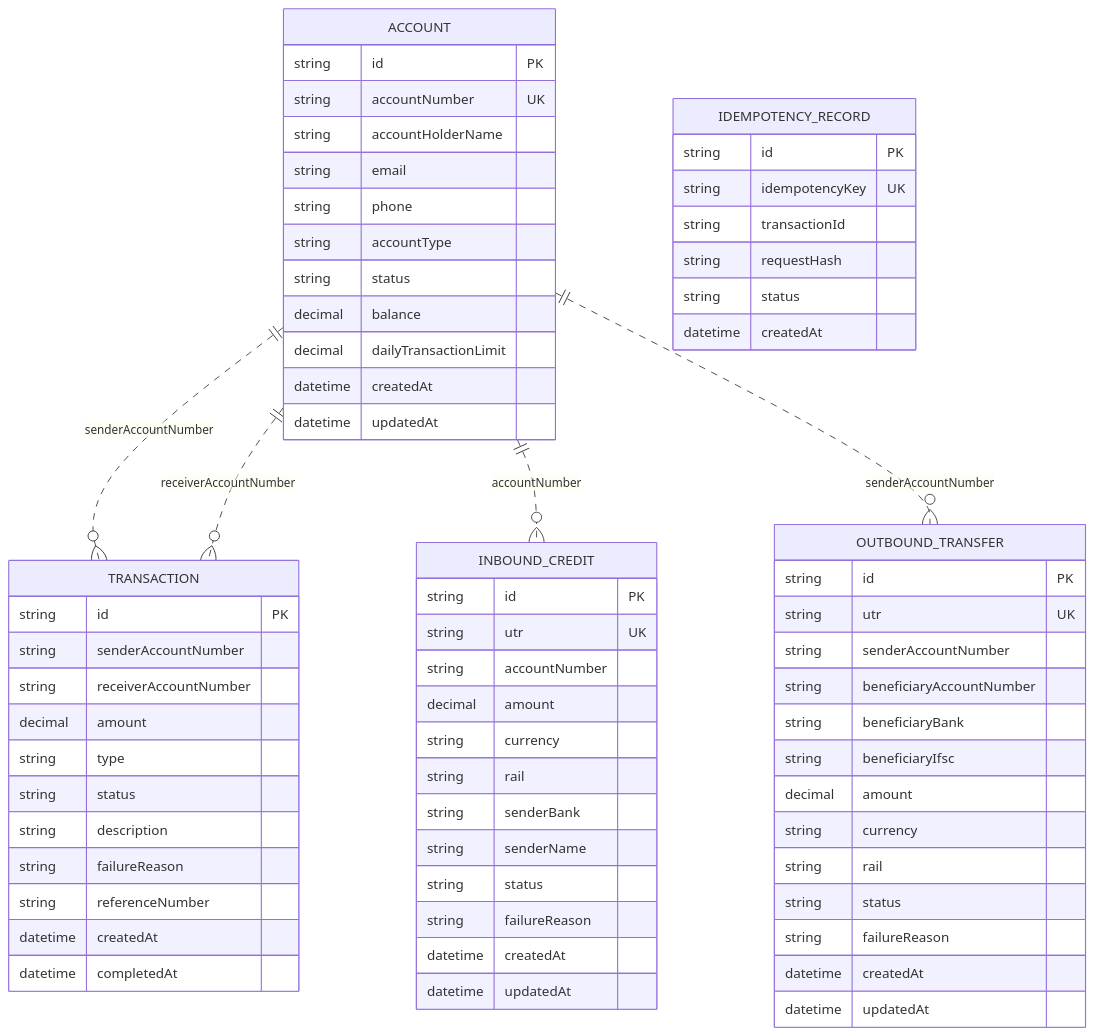
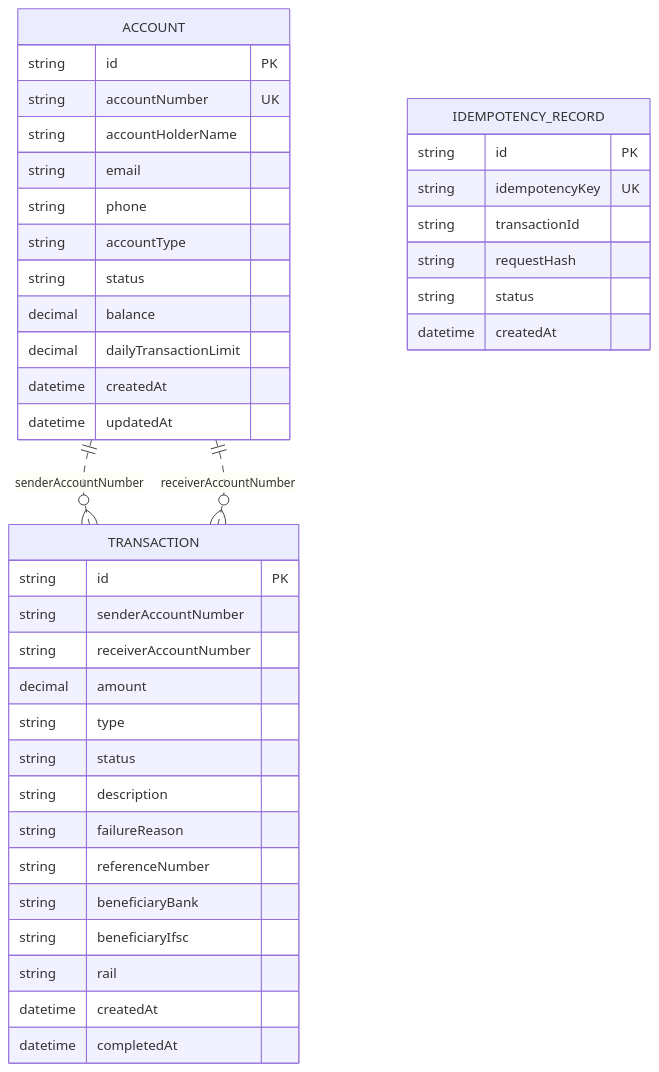
One commit to Mohit-R-04/DigitalBankingSystem changed the fifth of 5 diagrams in README.md. Above: the diagram before and after it, drawn with Mermaid. The commit also changed other lines of this file and 17 other files, not shown here.

````diff
--- a/README.md
+++ b/README.md
@@ -582,75 +583,45 @@
 ```mermaid
 erDiagram
     ACCOUNT {
         string id PK
         string accountNumber UK
         string accountHolderName
         string email
         string phone
         string accountType
         string status
         decimal balance
         decimal dailyTransactionLimit
         datetime createdAt
         datetime updatedAt
     }
 
     TRANSACTION {
         string id PK
         string senderAccountNumber
         string receiverAccountNumber
         decimal amount
         string type
         string status
         string description
         string failureReason
         string referenceNumber
+        string beneficiaryBank
+        string beneficiaryIfsc
+        string rail
         datetime createdAt
         datetime completedAt
-    }
-
-    INBOUND_CREDIT {
-        string id PK
-        string utr UK
-        string accountNumber
-        decimal amount
-        string currency
-        string rail
-        string senderBank
-        string senderName
-        string status
-        string failureReason
-        datetime createdAt
-        datetime updatedAt
-    }
-
-    OUTBOUND_TRANSFER {
-        string id PK
-        string utr UK
-        string senderAccountNumber
-        string beneficiaryAccountNumber
-        string beneficiaryBank
-        string beneficiaryIfsc
-        decimal amount
-        string currency
-        string rail
-        string status
-        string failureReason
-        datetime createdAt
-        datetime updatedAt
     }
 
     IDEMPOTENCY_RECORD {
         string id PK
         string idempotencyKey UK
         string transactionId
         string requestHash
         string status
         datetime createdAt
     }
 
     ACCOUNT ||..o{ TRANSACTION : senderAccountNumber
     ACCOUNT ||..o{ TRANSACTION : receiverAccountNumber
-    ACCOUNT ||..o{ INBOUND_CREDIT : accountNumber
-    ACCOUNT ||..o{ OUTBOUND_TRANSFER : senderAccountNumber
 ```
````
